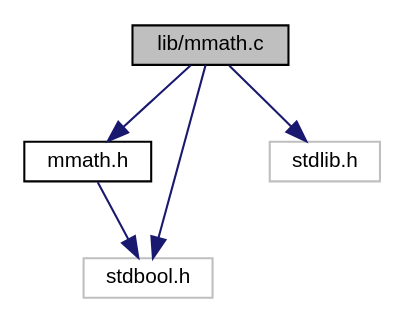
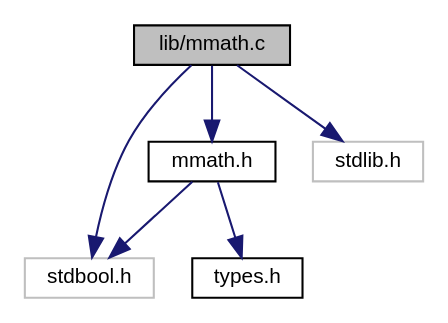
One commit to Angramme/toychain changed the diagram in docs/lib_2mmath_8c__incl.dot. Above: the diagram before and after it, drawn with Graphviz. The commit also changed 25 other files, not shown here.

```diff
--- a/docs/lib_2mmath_8c__incl.dot
+++ b/docs/lib_2mmath_8c__incl.dot
@@ -1,14 +1,16 @@
 digraph "lib/mmath.c"
 {
  // LATEX_PDF_SIZE
   edge [fontname="Helvetica",fontsize="10",labelfontname="Helvetica",labelfontsize="10"];
   node [fontname="Helvetica",fontsize="10",shape=record];
   Node1 [label="lib/mmath.c",height=0.2,width=0.4,color="black", fillcolor="grey75", style="filled", fontcolor="black",tooltip="a collection of math functions"];
   Node1 -> Node2 [color="midnightblue",fontsize="10",style="solid",fontname="Helvetica"];
   Node2 [label="mmath.h",height=0.2,width=0.4,color="black", fillcolor="white", style="filled",URL="$mmath_8h_source.html",tooltip=" "];
   Node2 -> Node3 [color="midnightblue",fontsize="10",style="solid",fontname="Helvetica"];
   Node3 [label="stdbool.h",height=0.2,width=0.4,color="grey75", fillcolor="white", style="filled",tooltip=" "];
-  Node1 -> Node4 [color="midnightblue",fontsize="10",style="solid",fontname="Helvetica"];
-  Node4 [label="stdlib.h",height=0.2,width=0.4,color="grey75", fillcolor="white", style="filled",tooltip=" "];
+  Node2 -> Node4 [color="midnightblue",fontsize="10",style="solid",fontname="Helvetica"];
+  Node4 [label="types.h",height=0.2,width=0.4,color="black", fillcolor="white", style="filled",URL="$types_8h_source.html",tooltip=" "];
+  Node1 -> Node5 [color="midnightblue",fontsize="10",style="solid",fontname="Helvetica"];
+  Node5 [label="stdlib.h",height=0.2,width=0.4,color="grey75", fillcolor="white", style="filled",tooltip=" "];
   Node1 -> Node3 [color="midnightblue",fontsize="10",style="solid",fontname="Helvetica"];
 }
```
